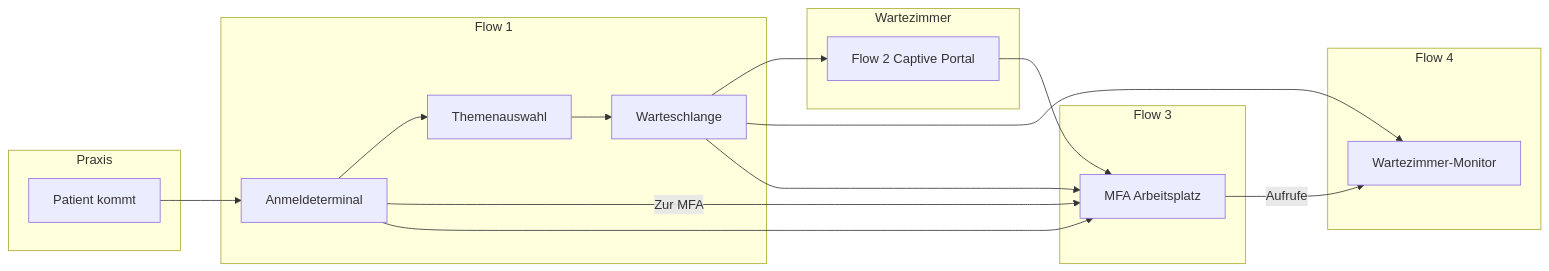
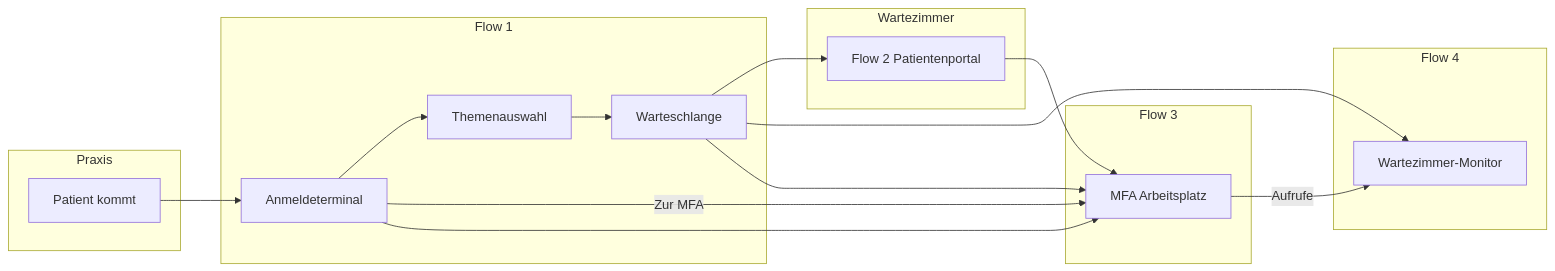
Before and after one commit to nox-do/wartezimmer: the diagram in docs/flows.md, drawn with Mermaid. The commit also changed other lines of this file and 5 other files, not shown here.

First line of the commit message:
docs: Produktinfo, Portal/Betrieb-Flows und Flow-Core-Sync-Stand.

````diff
--- a/docs/flows.md
+++ b/docs/flows.md
@@ -481,28 +505,28 @@
 ```mermaid
 flowchart LR
   subgraph entry [Praxis]
     P[Patient kommt]
   end
   subgraph f1 [Flow 1]
     CI[Anmeldeterminal]
     T[Themenauswahl]
     WQ[Warteschlange]
   end
   subgraph wr [Wartezimmer]
-    WLAN[Flow 2 Captive Portal]
+    Portal[Flow 2 Patientenportal]
   end
   subgraph f3 [Flow 3]
     MFA[MFA Arbeitsplatz]
   end
   subgraph f4 [Flow 4]
     MON[Wartezimmer-Monitor]
   end
   P --> CI --> T --> WQ
   CI -->|Zur MFA| MFA
-  WQ --> WLAN
+  WQ --> Portal
   WQ --> MON
   CI --> MFA
-  WLAN --> MFA
+  Portal --> MFA
   WQ --> MFA
   MFA -->|Aufrufe| MON
 ```
````
